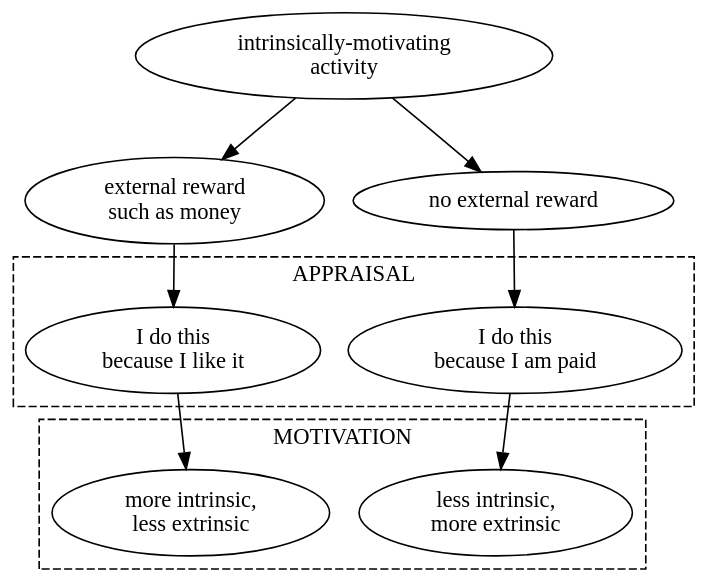
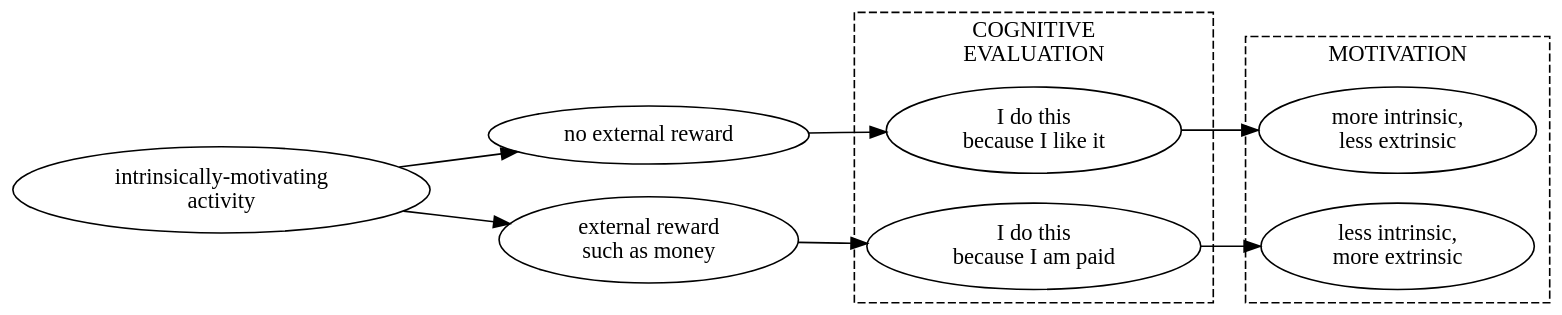
Before and after one commit to GermanoGallicchio/learning: the third of 8 diagrams in JXHC_1055/02.qmd, drawn with Graphviz. The commit also changed other lines of this file, not shown here.

````diff
--- a/JXHC_1055/02.qmd
+++ b/JXHC_1055/02.qmd
@@ -183,32 +244,32 @@
 ```{dot}
-//| fig-height: 7
+//| fig-width: 13
 digraph G {
-    rankdir=TD;
+    rankdir=LR;
     bgcolor = "transparent"
     
     A [label="intrinsically-motivating\nactivity"];
-    R [label="external reward\nsuch as money"];
+    R [label="no external reward"];
     R2 [label="I do this\nbecause I like it"];
     R3 [label="more intrinsic,\nless extrinsic"];
-    N [label="no external reward"];
+    N [label="external reward\nsuch as money"];
     N2 [label="I do this\nbecause I am paid"];
     N3 [label="less intrinsic,\nmore extrinsic"];
 
     subgraph cluster_appraisal {
-        label="APPRAISAL";
+        label="COGNITIVE\nEVALUATION";
         style=dashed;
         R2;
         N2;
     }
 
     subgraph cluster_motivation {
         label="MOTIVATION";
         style=dashed;
         R3;
         N3;
     }
 
     A -> R -> R2 -> R3;
     A -> N -> N2 -> N3;
 }
 ```
````
